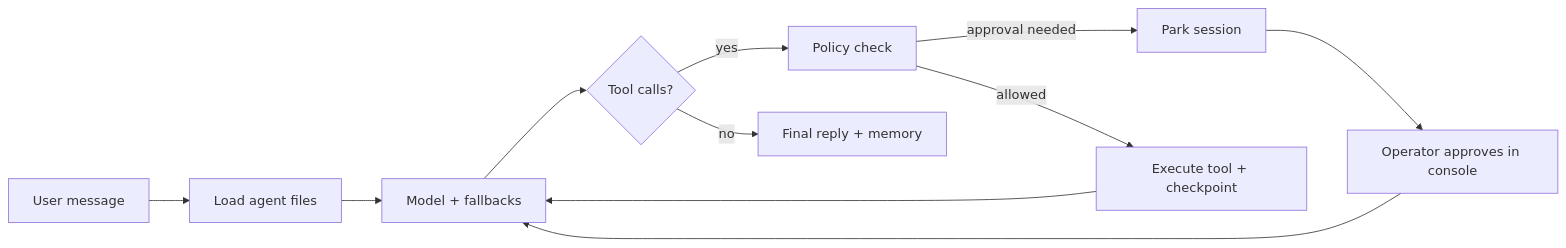
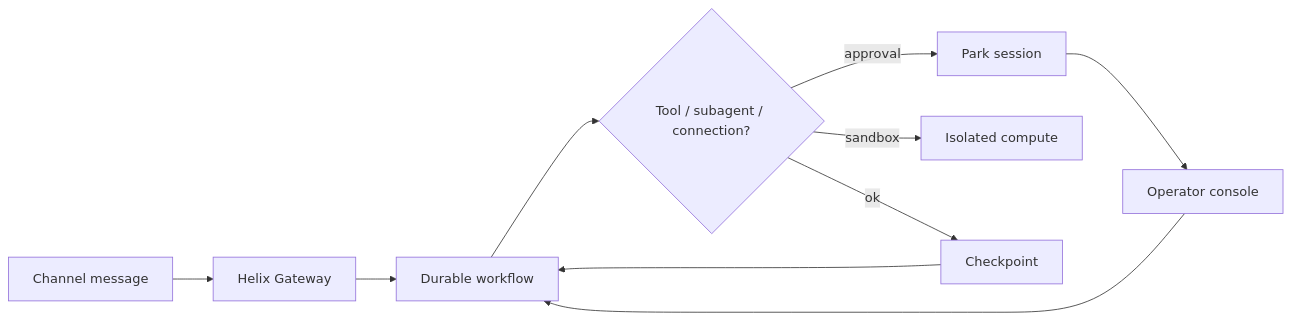
Before and after one commit to letslego/helix: the diagram in README.md, drawn with Mermaid. The commit also changed other lines of this file and 32 other files, not shown here.

First line of the commit message:
Expand Helix into a full local agent stack.

````diff
--- a/README.md
+++ b/README.md
@@ -146,13 +132,12 @@
 ```mermaid
 flowchart LR
-  A[User message] --> B[Load agent files]
-  B --> C[Model + fallbacks]
-  C --> D{Tool calls?}
-  D -->|yes| E[Policy check]
-  E -->|approval needed| F[Park session]
-  E -->|allowed| G[Execute tool + checkpoint]
+  A[Channel message] --> B[Helix Gateway]
+  B --> C[Durable workflow]
+  C --> D{Tool / subagent / connection?}
+  D -->|approval| E[Park session]
+  D -->|sandbox| F[Isolated compute]
+  D -->|ok| G[Checkpoint]
   G --> C
-  D -->|no| H[Final reply + memory]
-  F --> I[Operator approves in console]
-  I --> C
+  E --> H[Operator console]
+  H --> C
 ```
````
